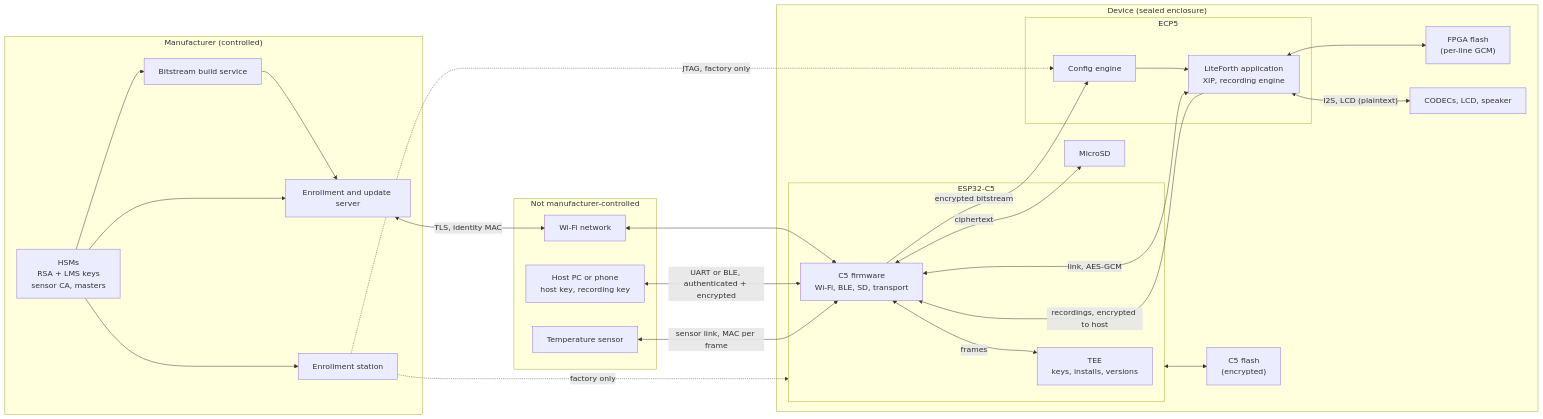
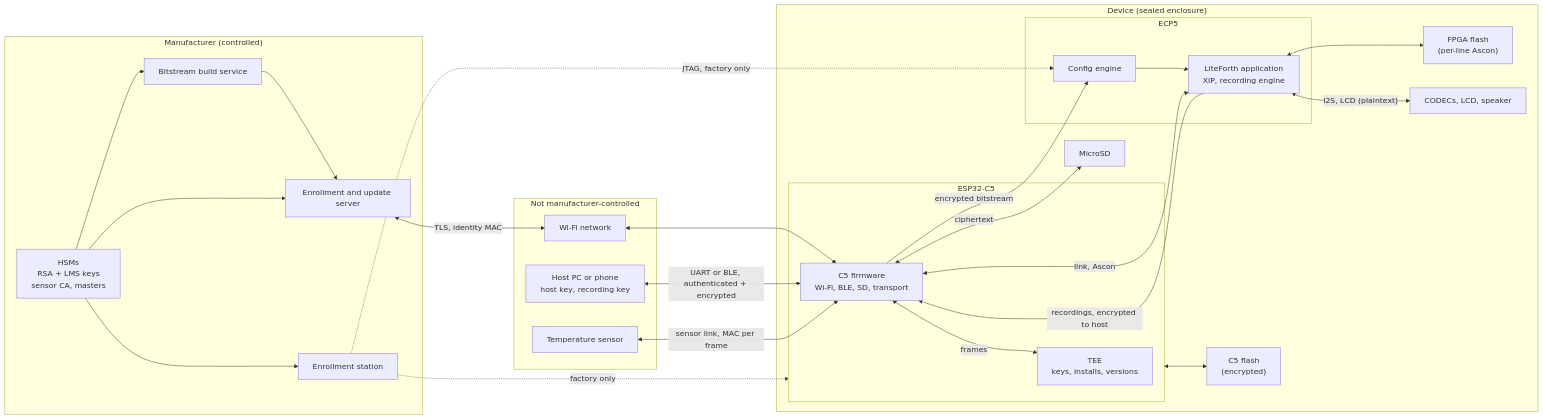
The diagram in doc/fda.md (bradleyeckert/thriller), drawn with Mermaid before and after one commit. The commit also changed other lines of this file and 17 other files, not shown here.

First line of the commit message:
Switch symmetric crypto to Ascon; move FPGA family specifics into fpga/<family>/

````diff
--- a/doc/fda.md
+++ b/doc/fda.md
@@ -55,44 +55,44 @@
 ```mermaid
 flowchart LR
   subgraph MFR["Manufacturer (controlled)"]
     HSM["HSMs<br/>RSA + LMS keys<br/>sensor CA, masters"]
     BLD["Bitstream build service"]
     SRV["Enrollment and update server"]
     MFG["Enrollment station"]
   end
   subgraph EXT["Not manufacturer-controlled"]
     HOST["Host PC or phone<br/>host key, recording key"]
     SENS["Temperature sensor"]
     NET["Wi-Fi network"]
   end
   subgraph DEV["Device (sealed enclosure)"]
     subgraph C5["ESP32-C5"]
       TEE["TEE<br/>keys, installs, versions"]
       FW["C5 firmware<br/>Wi-Fi, BLE, SD, transport"]
     end
     subgraph FPGA["ECP5"]
       CFG["Config engine"]
       APP["LiteForth application<br/>XIP, recording engine"]
     end
     CFL["C5 flash<br/>(encrypted)"]
-    FFL["FPGA flash<br/>(per-line GCM)"]
+    FFL["FPGA flash<br/>(per-line Ascon)"]
     SD["MicroSD"]
     COD["CODECs, LCD, speaker"]
   end
   HSM --> BLD --> SRV
   HSM --> SRV
   HSM --> MFG
   SRV <-->|"TLS, identity MAC"| NET <--> FW
   HOST <-->|"UART or BLE, authenticated + encrypted"| FW
   SENS <-->|"sensor link, MAC per frame"| FW
   FW <-->|"frames"| TEE
   MFG -.->|"factory only"| C5
   MFG -.->|"JTAG, factory only"| CFG
   C5 <--> CFL
   FW -->|"encrypted bitstream"| CFG --> APP
-  FW <-->|"link, AES-GCM"| APP
+  FW <-->|"link, Ascon"| APP
   APP -->|"recordings, encrypted to host"| FW
   APP <--> FFL
   APP <-->|"I2S, LCD (plaintext)"| COD
   FW <-->|"ciphertext"| SD
 ```
````
